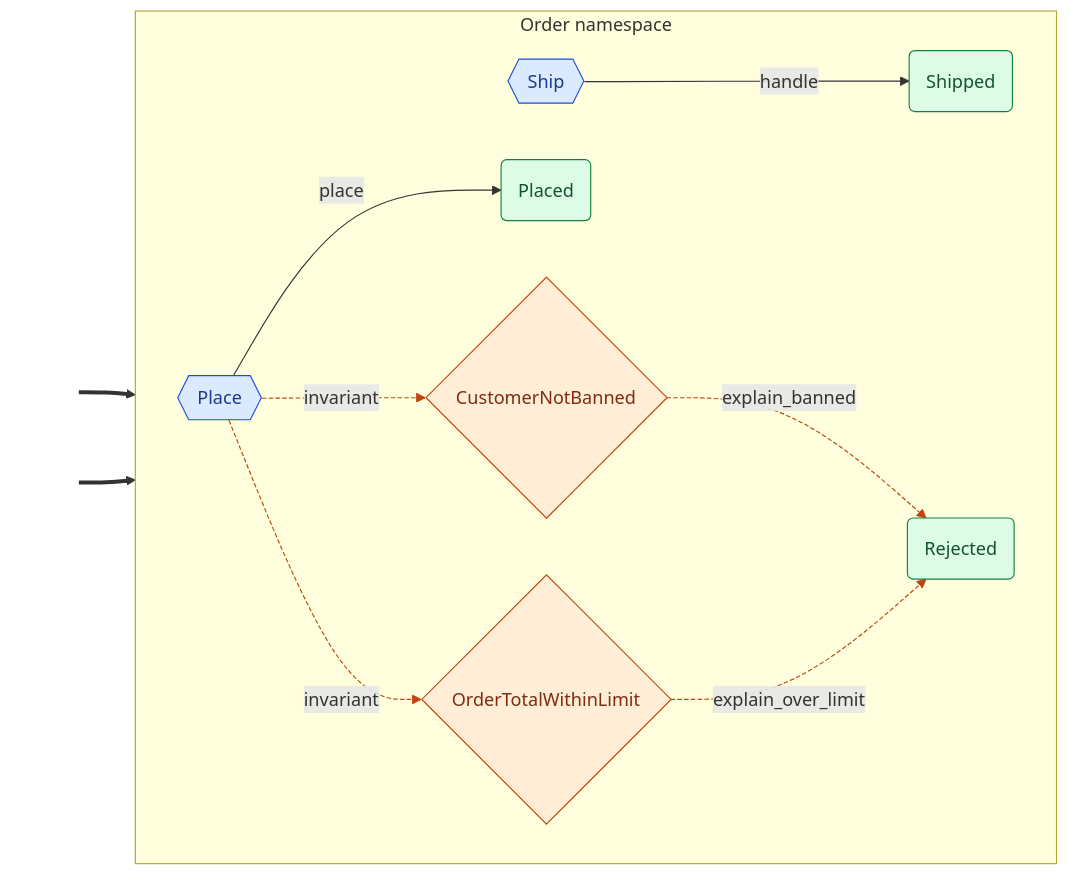
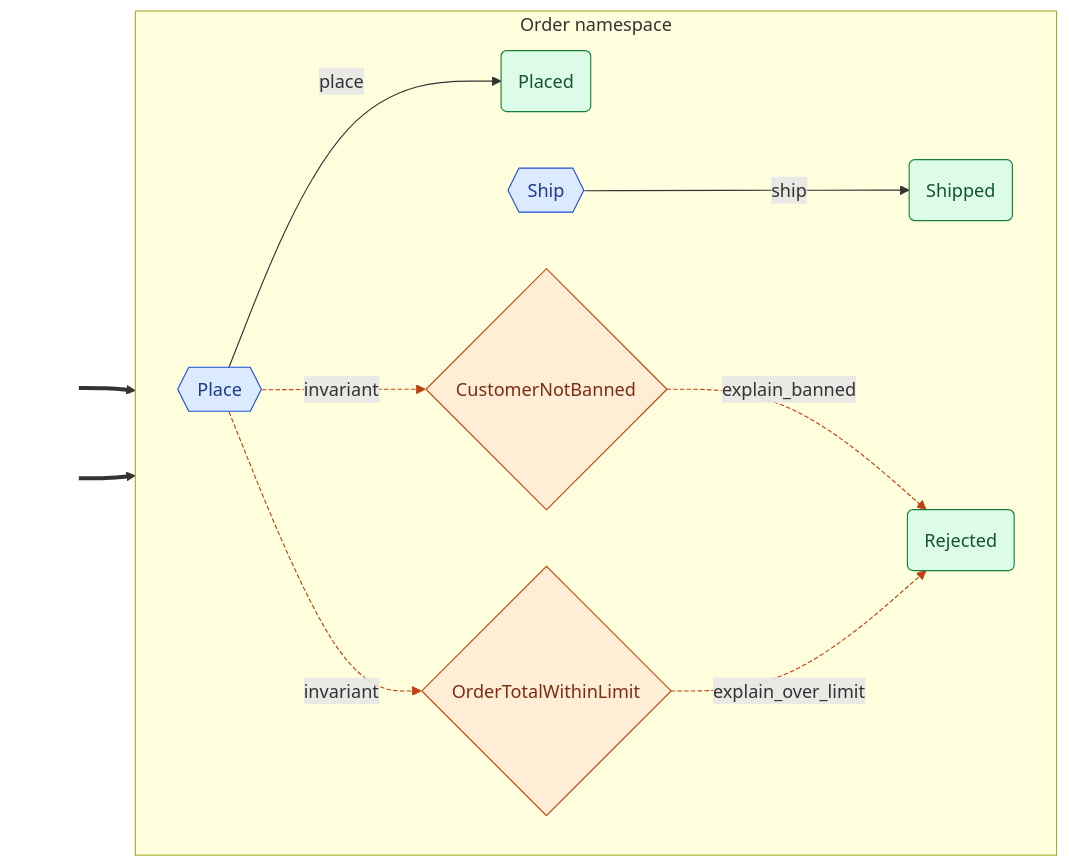
One commit to cadance-io/langgraph-events changed the diagram in docs/index.md. Above: the diagram before and after it, drawn with Mermaid. The commit also changed 29 other files, not shown here.

````diff
--- a/docs/index.md
+++ b/docs/index.md
@@ -33,29 +33,29 @@
 ```mermaid
 graph LR
     classDef entry fill:none,stroke:none,color:none
     classDef cmd fill:#dbeafe,stroke:#1d4ed8,color:#1e3a8a
     classDef devt fill:#dcfce7,stroke:#15803d,color:#14532d
     classDef intg fill:#ede9fe,stroke:#6d28d9,color:#4c1d95
     classDef syst fill:#fef3c7,stroke:#b45309,color:#78350f
     classDef halt fill:#fef3c7,stroke:#b45309,color:#78350f,stroke-width:3px,stroke-dasharray:4 2
     classDef inv fill:#ffedd5,stroke:#c2410c,color:#7c2d12
     subgraph Order["Order namespace"]
         direction LR
         Place{{Place}}:::cmd
         Placed(Placed):::devt
         Rejected(Rejected):::devt
         Ship{{Ship}}:::cmd
         Shipped(Shipped):::devt
         CustomerNotBanned{CustomerNotBanned}:::inv
         OrderTotalWithinLimit{OrderTotalWithinLimit}:::inv
     end
     _e0_[ ]:::entry ==> Place
     _e1_[ ]:::entry ==> Ship
-    Ship -->|handle| Shipped
     Place -->|place| Placed
+    Ship -->|ship| Shipped
     CustomerNotBanned -.->|explain_banned| Rejected
     OrderTotalWithinLimit -.->|explain_over_limit| Rejected
     Place -.->|invariant| CustomerNotBanned
     Place -.->|invariant| OrderTotalWithinLimit
     linkStyle 4,5,6,7 stroke:#c2410c,stroke-dasharray:4 2
 ```
````
